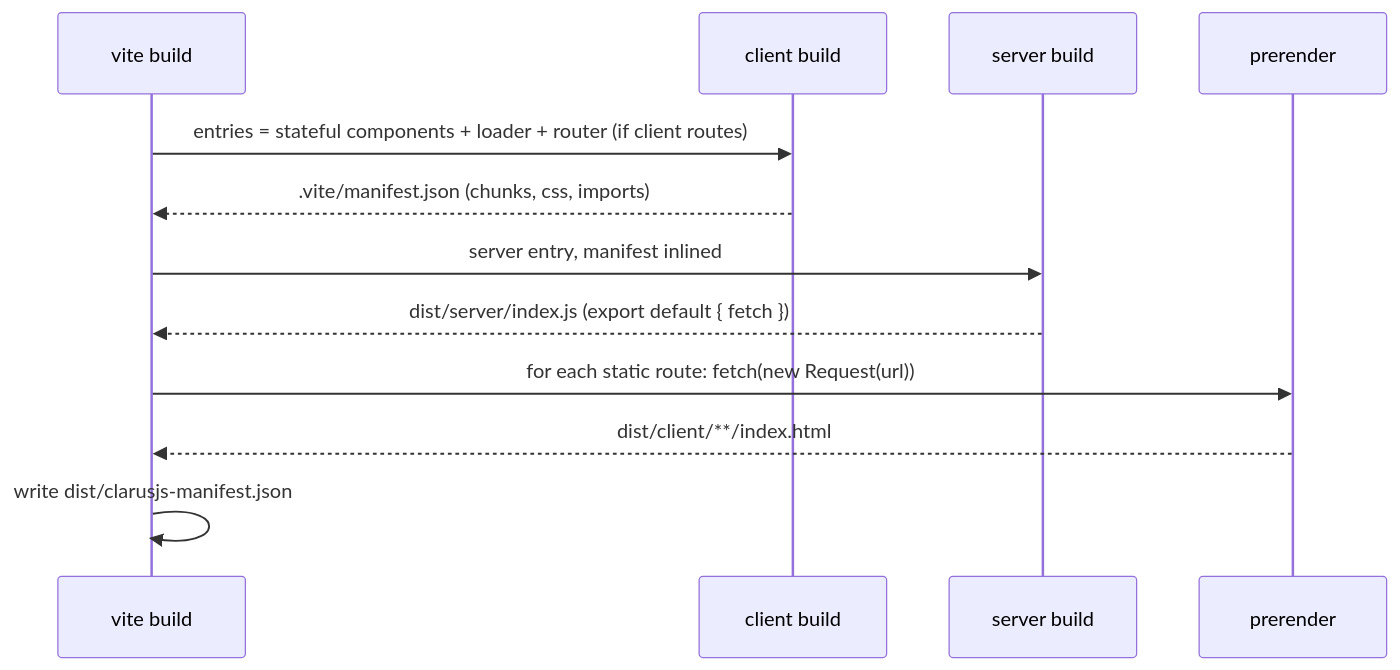
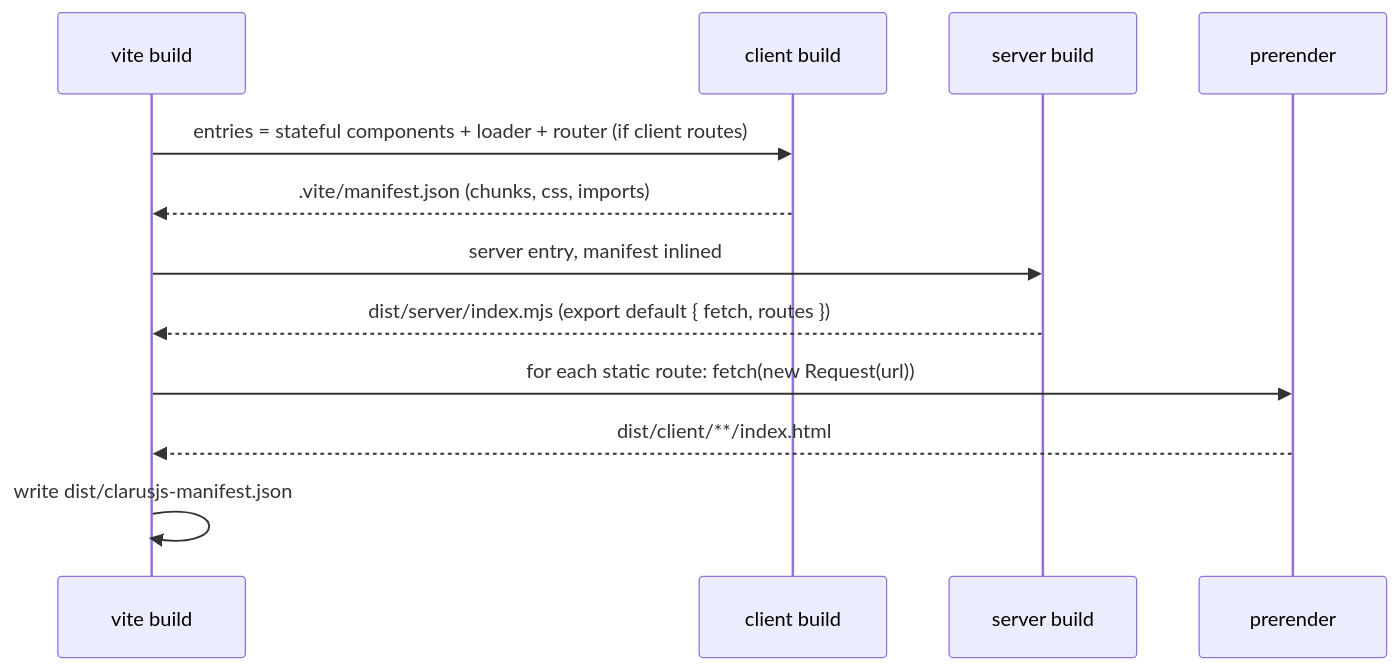
Before and after one commit to forinda/clarusjs: the seventh of 8 diagrams in docs/architecture.md, drawn with Mermaid. The commit also changed other lines of this file and 12 other files, not shown here.

````diff
--- a/docs/architecture.md
+++ b/docs/architecture.md
@@ -407,14 +407,14 @@
 ```mermaid
 sequenceDiagram
   participant V as vite build
   participant CB as client build
   participant SB as server build
   participant P as prerender
   V->>CB: entries = stateful components + loader + router (if client routes)
   CB-->>V: .vite/manifest.json (chunks, css, imports)
   V->>SB: server entry, manifest inlined
-  SB-->>V: dist/server/index.js  (export default { fetch })
+  SB-->>V: dist/server/index.mjs  (export default { fetch, routes })
   V->>P: for each static route: fetch(new Request(url))
   P-->>V: dist/client/**/index.html
   V->>V: write dist/clarusjs-manifest.json
 ```
````
